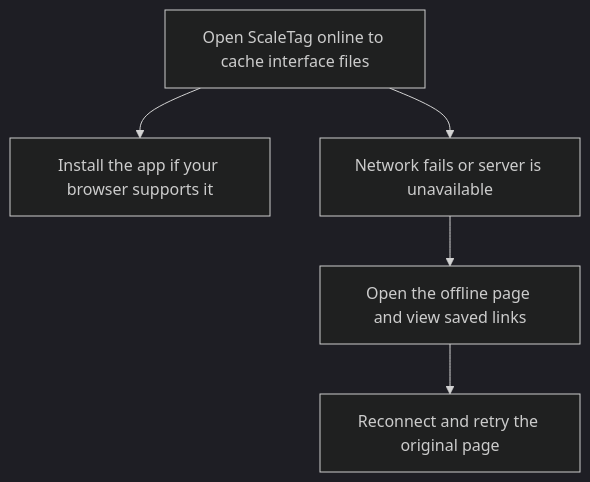
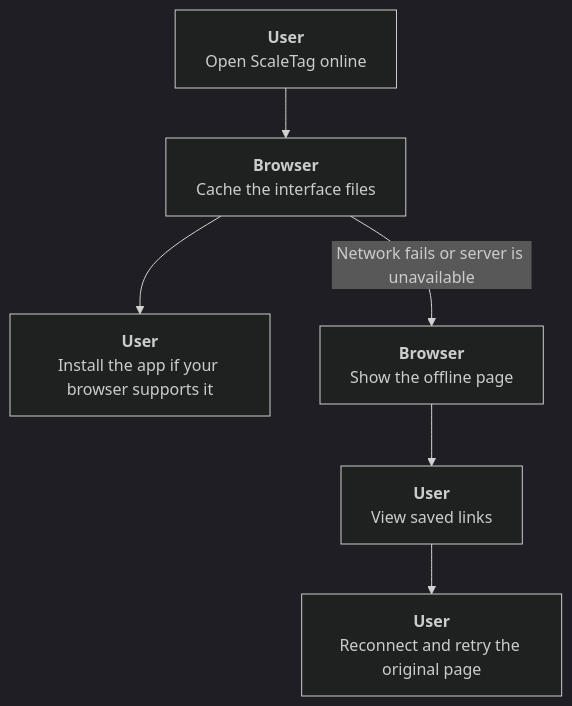
One commit to ChrisXHLeung/ScaleTag changed the ninth of 11 diagrams in README.md. Above: the diagram before and after it, drawn with Mermaid (dark theme). The commit also changed other lines of this file and 4 other files, not shown here.

Commit message:
Identify actors in ScaleTag feature workflows

````diff
--- a/README.md
+++ b/README.md
@@ -122,7 +128,8 @@
 ```mermaid
 flowchart TD
-    A["Open ScaleTag online to cache interface files"] --> B["Install the app if your browser supports it"]
-    A --> C["Network fails or server is unavailable"]
-    C --> D["Open the offline page and view saved links"]
-    D --> E["Reconnect and retry the original page"]
+    A["<b>User</b><br/>Open ScaleTag online"] --> F["<b>Browser</b><br/>Cache the interface files"]
+    F --> B["<b>User</b><br/>Install the app if your browser supports it"]
+    F -->|"Network fails or server is unavailable"| C["<b>Browser</b><br/>Show the offline page"]
+    C --> D["<b>User</b><br/>View saved links"]
+    D --> E["<b>User</b><br/>Reconnect and retry the original page"]
 ```
````
